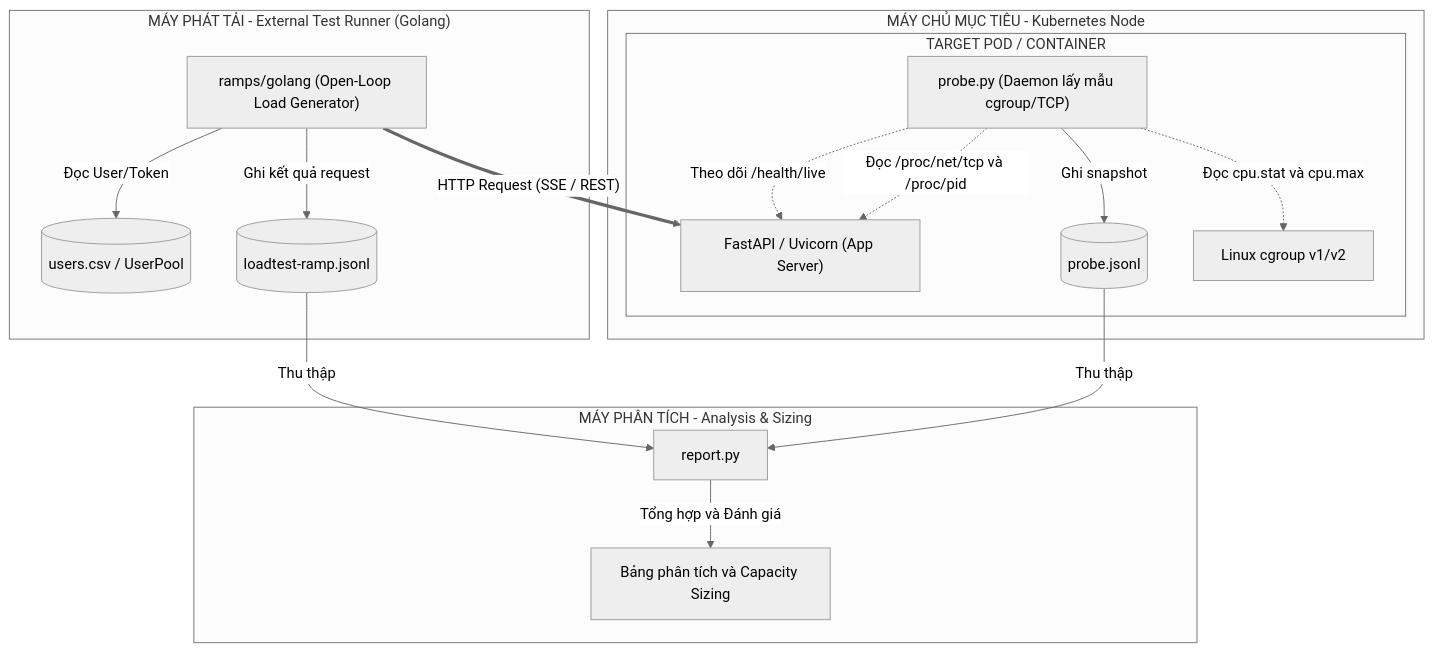
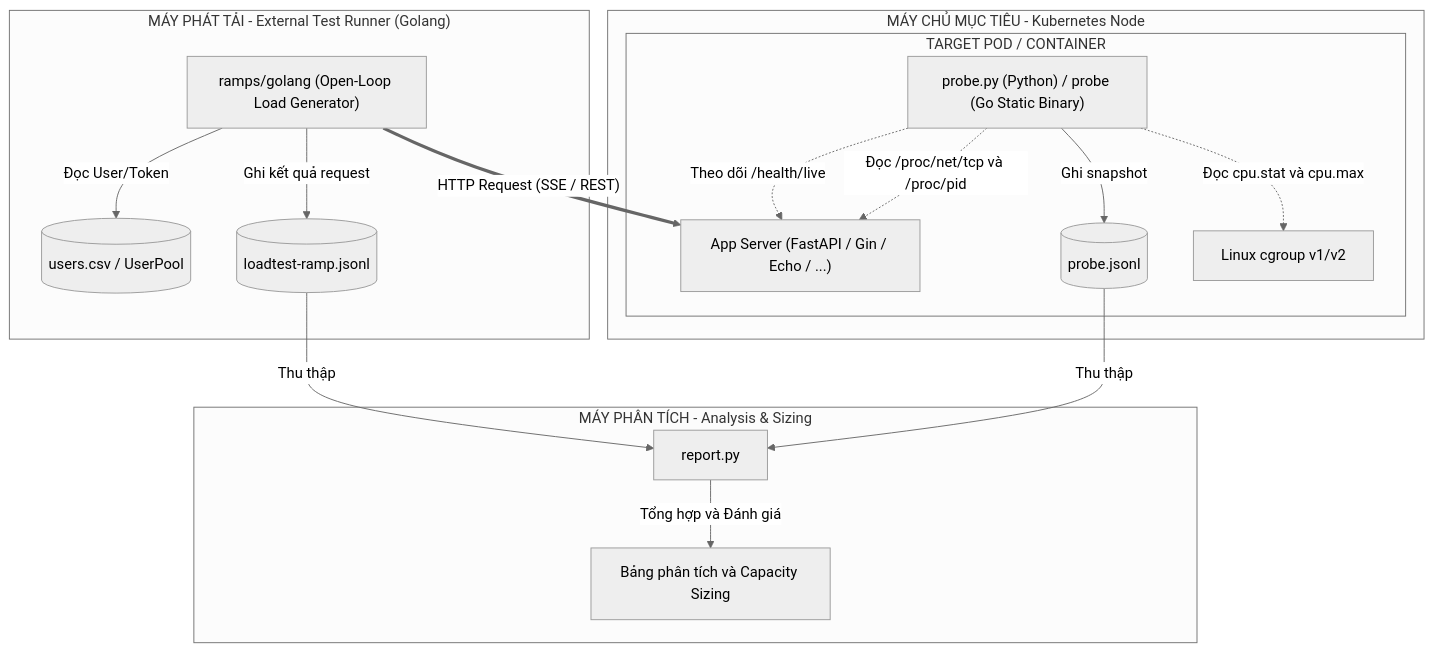
Before and after one commit to duyhustvn/capsizer: the first of 2 diagrams in README.md, drawn with Mermaid (neutral theme). The commit also changed other lines of this file and 2 other files, not shown here.

````diff
--- a/README.md
+++ b/README.md
@@ -37,33 +37,33 @@
 ```mermaid
 flowchart TD
     subgraph GeneratorHost["MÁY PHÁT TẢI - External Test Runner (Golang)"]
         Ramp["ramps/golang (Open-Loop Load Generator)"]
         UserCSV[("users.csv / UserPool")]
         RampOut[("loadtest-ramp.jsonl")]
         Ramp -->|Đọc User/Token| UserCSV
         Ramp -->|Ghi kết quả request| RampOut
     end
 
     subgraph K8sNode["MÁY CHỦ MỤC TIÊU - Kubernetes Node"]
         subgraph TargetPod["TARGET POD / CONTAINER"]
-            Uvicorn["FastAPI / Uvicorn (App Server)"]
-            Probe["probe.py (Daemon lấy mẫu cgroup/TCP)"]
+            AppServer["App Server (FastAPI / Gin / Echo / ...)"]
+            Probe["probe.py (Python) / probe (Go Static Binary)"]
             ProbeOut[("probe.jsonl")]
             
             Probe -->|Ghi snapshot| ProbeOut
-            Probe -.->|Theo dõi /health/live| Uvicorn
-            Probe -.->|Đọc /proc/net/tcp và /proc/pid| Uvicorn
+            Probe -.->|Theo dõi /health/live| AppServer
+            Probe -.->|Đọc /proc/net/tcp và /proc/pid| AppServer
             Probe -.->|Đọc cpu.stat và cpu.max| CGroup["Linux cgroup v1/v2"]
         end
     end
 
     subgraph Analysis["MÁY PHÂN TÍCH - Analysis & Sizing"]
         Report["report.py"]
         ReportTable["Bảng phân tích và Capacity Sizing"]
         RampOut -->|Thu thập| Report
         ProbeOut -->|Thu thập| Report
         Report -->|Tổng hợp và Đánh giá| ReportTable
     end
 
-    Ramp ==>|"HTTP Request (SSE / REST)"| Uvicorn
+    Ramp ==>|"HTTP Request (SSE / REST)"| AppServer
 ```
````
